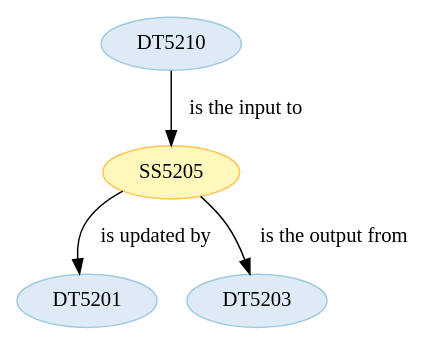
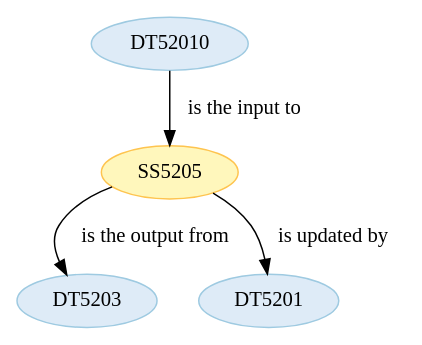
Before and after one commit to Marco-Salvi/cwl-test: the diagram in wf5201/ST520105.dot, drawn with Graphviz. The commit also changed 28 other files, not shown here.

```diff
--- a/wf5201/ST520105.dot
+++ b/wf5201/ST520105.dot
@@ -1,18 +1,18 @@
 strict digraph {
 
 
-	"DT5210" [ color="2", colorscheme="blues3", fillcolor="1", style="filled",  weight=0 ];
+	"DT52010" [ color="2", colorscheme="blues3", fillcolor="1", style="filled",  weight=0 ];
 
-	"DT5210" -> "SS5205" [ label="is the input to", labeltooltip="DT5210 - is the input to - SS5205",  weight=0 ];
+	"DT52010" -> "SS5205" [ label="is the input to", labeltooltip="DT52010 - is the input to - SS5205",  weight=0 ];
+
+	"DT5203" [ color="2", colorscheme="blues3", fillcolor="1", style="filled",  weight=0 ];
 
 	"SS5205" [ color="2", colorscheme="ylorbr3", fillcolor="1", style="filled",  weight=0 ];
 
 	"SS5205" -> "DT5201" [ label="is updated by", labeltooltip="DT5201 - is updated by - SS5205",  weight=0 ];
 
 	"SS5205" -> "DT5203" [ label="is the output from", labeltooltip="DT5203 - is the output from - SS5205",  weight=0 ];
 
 	"DT5201" [ color="2", colorscheme="blues3", fillcolor="1", style="filled",  weight=0 ];
 
-	"DT5203" [ color="2", colorscheme="blues3", fillcolor="1", style="filled",  weight=0 ];
-
 }
```
